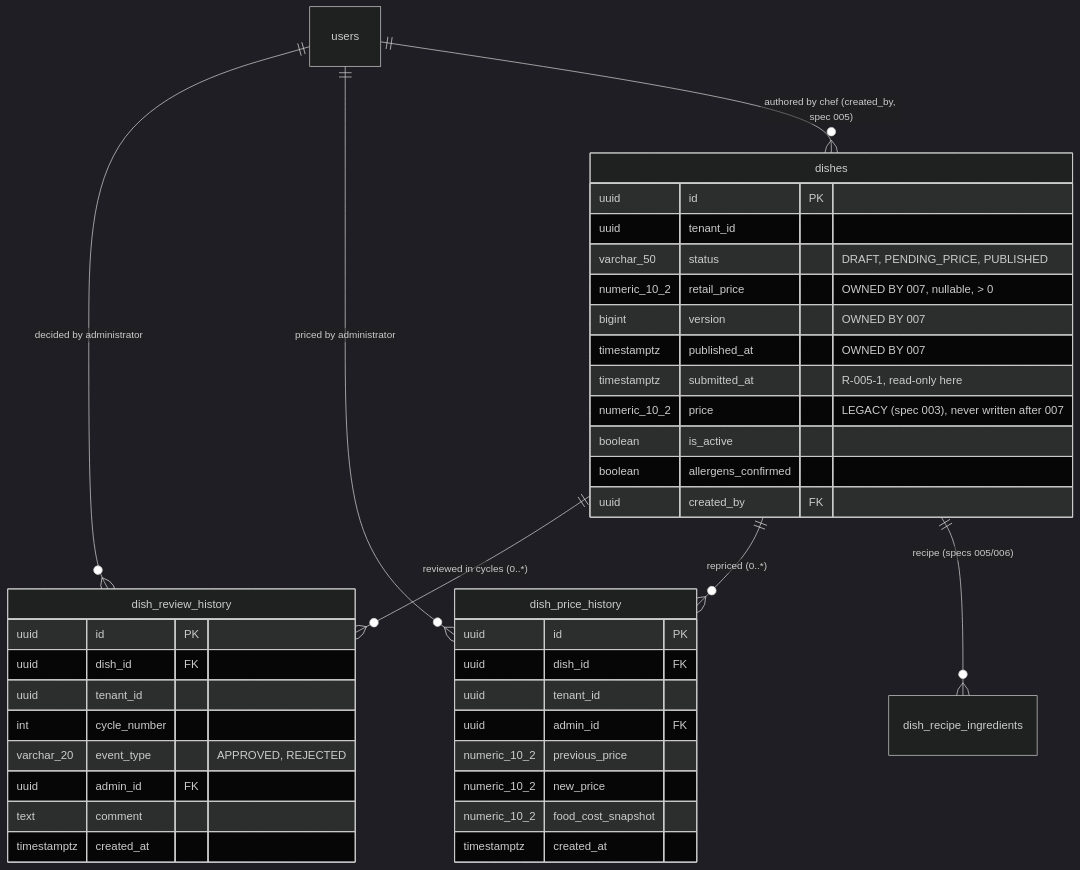
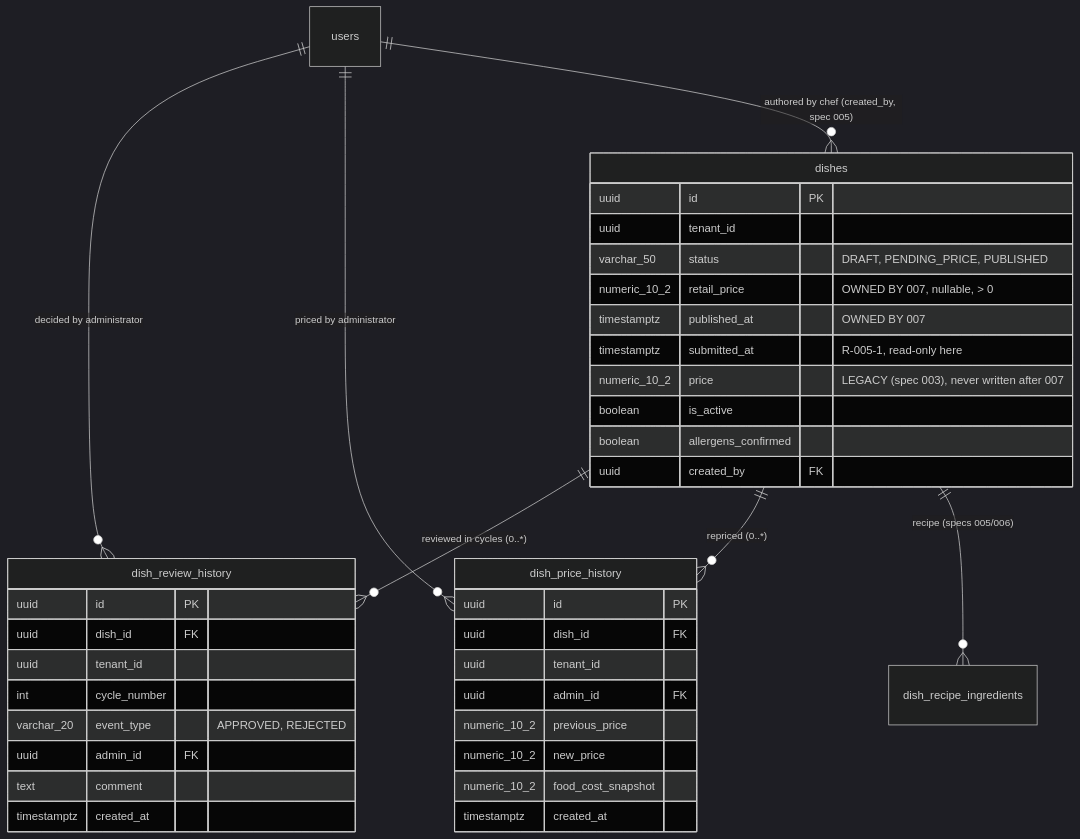
The first of 2 diagrams in specs/007-admin-dish-approval-pricing/data-model.md (ValentinoCarmonaS/G12---GDSI), drawn with Mermaid (dark theme) before and after one commit. The commit also changed other lines of this file and 3 other files, not shown here.

````diff
--- a/specs/007-admin-dish-approval-pricing/data-model.md
+++ b/specs/007-admin-dish-approval-pricing/data-model.md
@@ -70,43 +75,42 @@
 ```mermaid
 erDiagram
     dishes ||--o{ dish_review_history : "reviewed in cycles (0..*)"
     dishes ||--o{ dish_price_history  : "repriced (0..*)"
     users  ||--o{ dish_review_history : "decided by administrator"
     users  ||--o{ dish_price_history  : "priced by administrator"
     users  ||--o{ dishes              : "authored by chef (created_by, spec 005)"
     dishes ||--o{ dish_recipe_ingredients : "recipe (specs 005/006)"
 
     dishes {
         uuid id PK
         uuid tenant_id
         varchar_50 status "DRAFT, PENDING_PRICE, PUBLISHED"
         numeric_10_2 retail_price "OWNED BY 007, nullable, > 0"
-        bigint version "OWNED BY 007"
         timestamptz published_at "OWNED BY 007"
         timestamptz submitted_at "R-005-1, read-only here"
         numeric_10_2 price "LEGACY (spec 003), never written after 007"
         boolean is_active
         boolean allergens_confirmed
         uuid created_by FK
     }
     dish_review_history {
         uuid id PK
         uuid dish_id FK
         uuid tenant_id
         int cycle_number
         varchar_20 event_type "APPROVED, REJECTED"
         uuid admin_id FK
         text comment
         timestamptz created_at
     }
     dish_price_history {
         uuid id PK
         uuid dish_id FK
         uuid tenant_id
         uuid admin_id FK
         numeric_10_2 previous_price
         numeric_10_2 new_price
         numeric_10_2 food_cost_snapshot
         timestamptz created_at
     }
 ```
````
